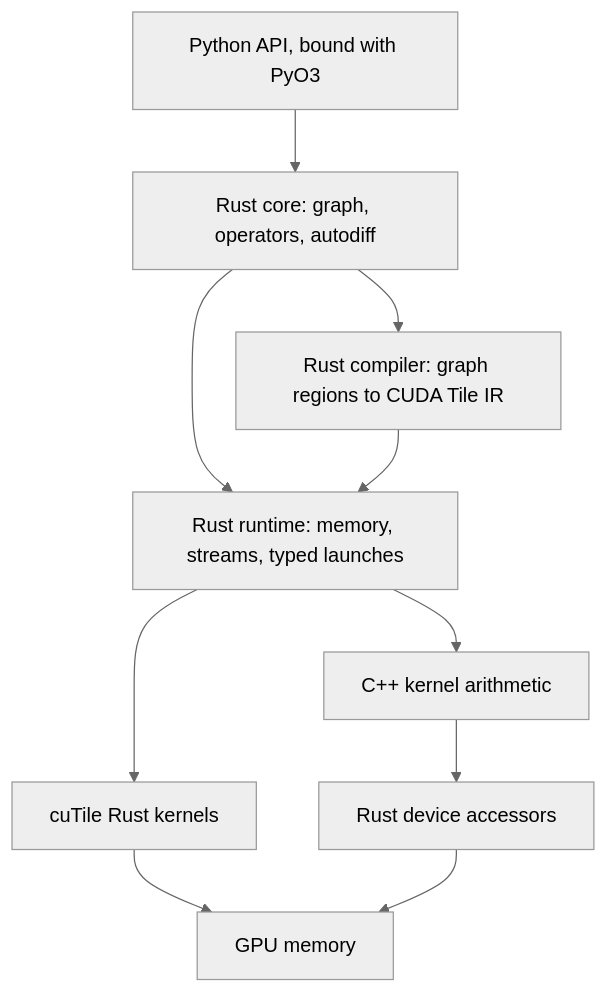
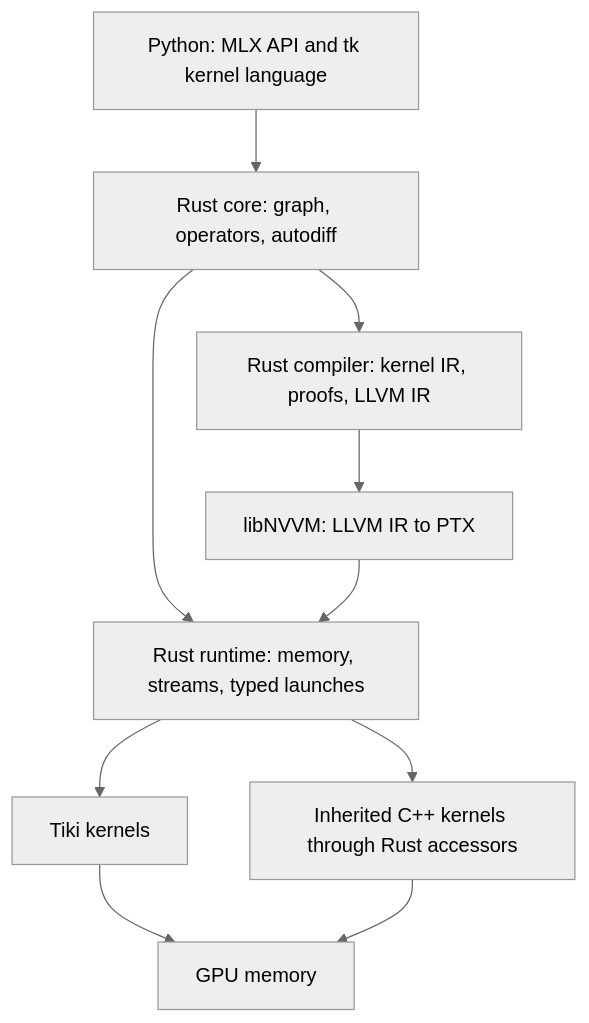
Before and after one commit to dedalus-labs/tiki: the diagram in experiments/rust_backend/DECISION-2026-09-05.md, drawn with Mermaid (neutral theme). The commit also changed other lines of this file and 2 other files, not shown here.

First line of the commit message:
docs(rust_backend): write kernels in Tiki's own CuTe-style language

````diff
--- a/experiments/rust_backend/DECISION-2026-09-05.md
+++ b/experiments/rust_backend/DECISION-2026-09-05.md
@@ -69,12 +71,12 @@
 ```mermaid
 flowchart TB
-    python[Python API, bound with PyO3] --> core[Rust core: graph, operators, autodiff]
-    core --> compiler[Rust compiler: graph regions to CUDA Tile IR]
+    python[Python: MLX API and tk kernel language] --> core[Rust core: graph, operators, autodiff]
+    core --> compiler[Rust compiler: kernel IR, proofs, LLVM IR]
+    compiler --> nvvm[libNVVM: LLVM IR to PTX]
     core --> runtime[Rust runtime: memory, streams, typed launches]
-    compiler --> runtime
-    runtime --> tile[cuTile Rust kernels]
-    runtime --> simt[C++ kernel arithmetic]
-    simt --> accessor[Rust device accessors]
-    tile --> gpu[GPU memory]
-    accessor --> gpu
+    nvvm --> runtime
+    runtime --> kernels[Tiki kernels]
+    runtime --> legacy[Inherited C++ kernels through Rust accessors]
+    kernels --> gpu[GPU memory]
+    legacy --> gpu
 ```
````
